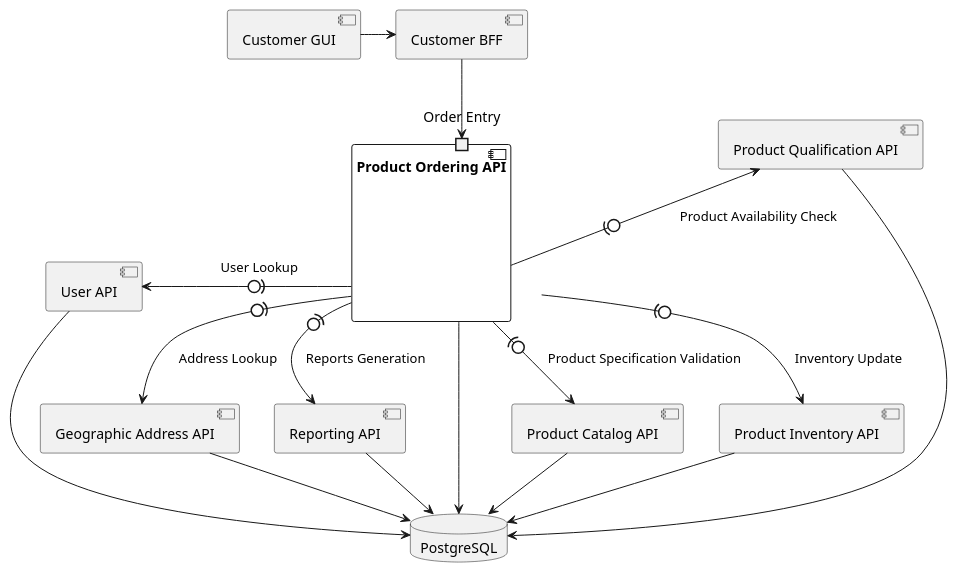
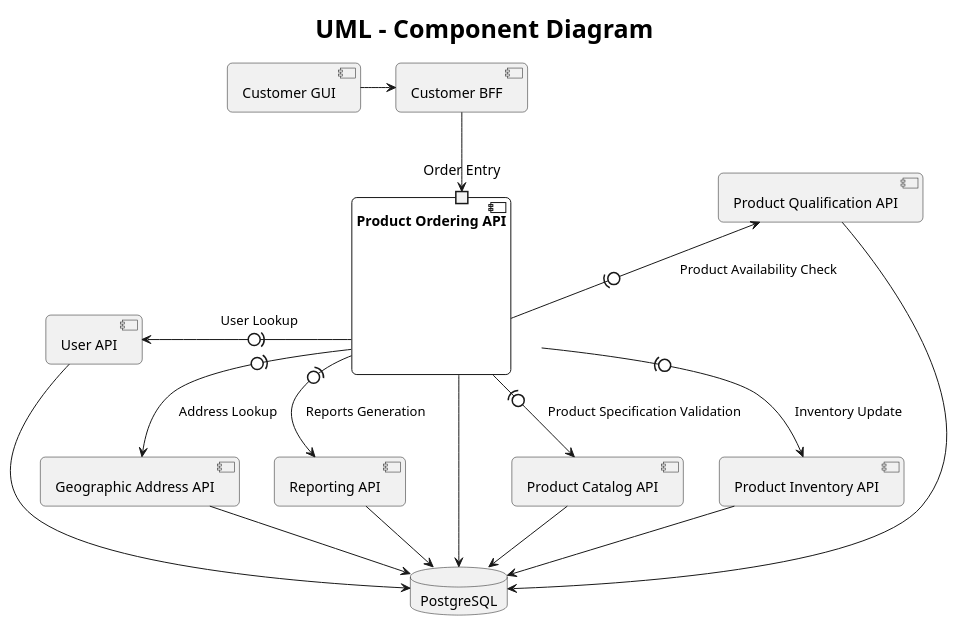
Before and after one commit to ensarhamzic/diplomski-rad-softversko-inzenjerstvo: the diagram in uml/component/whole-system.puml, drawn with PlantUML. The commit also changed 2 other files, not shown here.

Commit message:
Deployment diagram

```diff
--- a/uml/component/whole-system.puml
+++ b/uml/component/whole-system.puml
@@ -1,36 +1,43 @@
 @startuml
+
+skinparam titleFontSize 25
+skinparam roundCorner 10
+
+title
+UML - Component Diagram
+end title
 
 component "Product Ordering API" {
     port "Order Entry"
 }
 component "Product Catalog API"
 component "Product Inventory API"
 component "User API"
 component "Geographic Address API"
 component "Product Qualification API"
 component "Reporting API"
 
 component "Customer GUI"
 component "Customer BFF"
 
 database "PostgreSQL"
 
 "Product Ordering API" --> "PostgreSQL"
 "Product Qualification API" --> "PostgreSQL"
 "Product Inventory API" --> "PostgreSQL"
 "Product Catalog API" --> "PostgreSQL"
 "User API" --> "PostgreSQL"
 "Geographic Address API" --> "PostgreSQL"
 "Reporting API" --> "PostgreSQL"
 
 "Product Ordering API" -r(0-> "Product Catalog API" : "Product Specification Validation"
 "Product Ordering API" -u(0-> "Product Qualification API" : "Product Availability Check"
 "Product Ordering API" -(0-> "Geographic Address API" : "Address Lookup"
 "Product Ordering API" -(0-> "Reporting API" : "Reports Generation"
 "Product Ordering API" -(0-> "Product Inventory API" : "Inventory Update"
 "Product Ordering API" -l(0-> "User API" : "User Lookup"
 
 "Customer GUI" -> "Customer BFF"
  "Customer BFF" --> "Order Entry"
 
 @enduml
```
